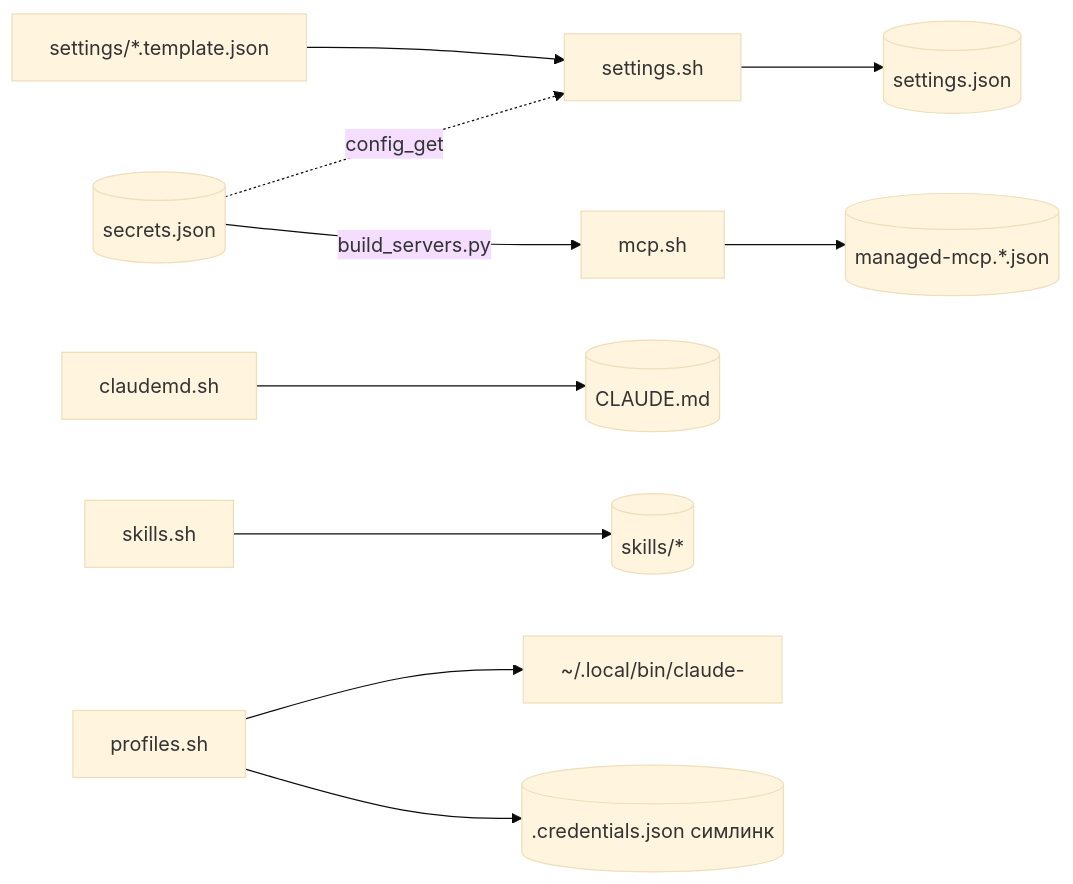
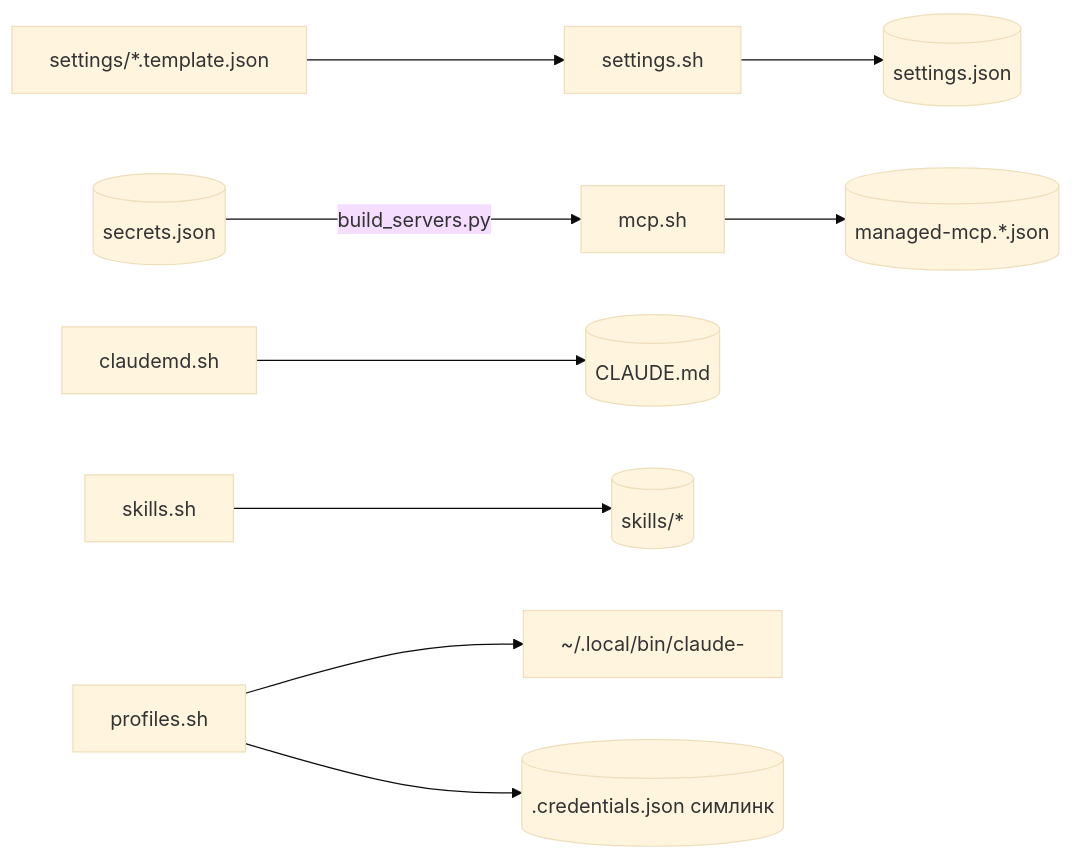
One commit to stpntkhnv/claudefiles changed the second of 2 diagrams in docs/architecture.md. Above: the diagram before and after it, drawn with Mermaid (base theme).

Commit message:
docs(sts-73): убрать ложное ребро secrets->settings в data-flow

````diff
--- a/docs/architecture.md
+++ b/docs/architecture.md
@@ -48,10 +48,9 @@
 ```mermaid
 flowchart LR
   tmpl["settings/*.template.json"] --> settings["settings.sh"] --> setjson[("settings.json")]
   secrets[("secrets.json")] -->|build_servers.py| mcp["mcp.sh"] --> mcpman[("managed-mcp.*.json")]
   claudemd["claudemd.sh"] --> cmd[("CLAUDE.md")]
   skills["skills.sh"] --> skdir[("skills/*")]
   prof["profiles.sh"] --> wrap["~/.local/bin/claude-<name>"]
   prof --> creds[(".credentials.json симлинк")]
-  secrets -.->|config_get| settings
 ```
````
